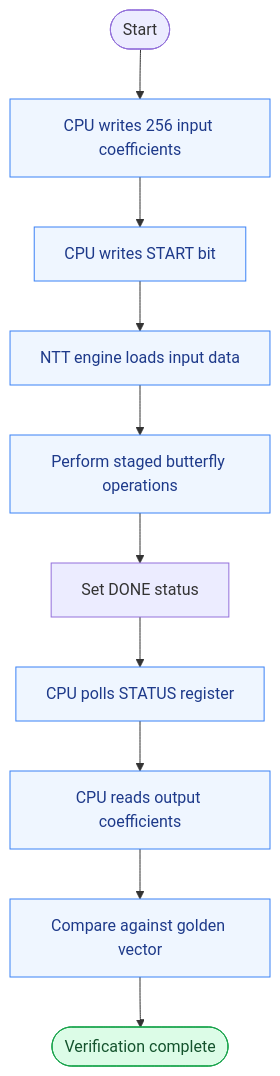
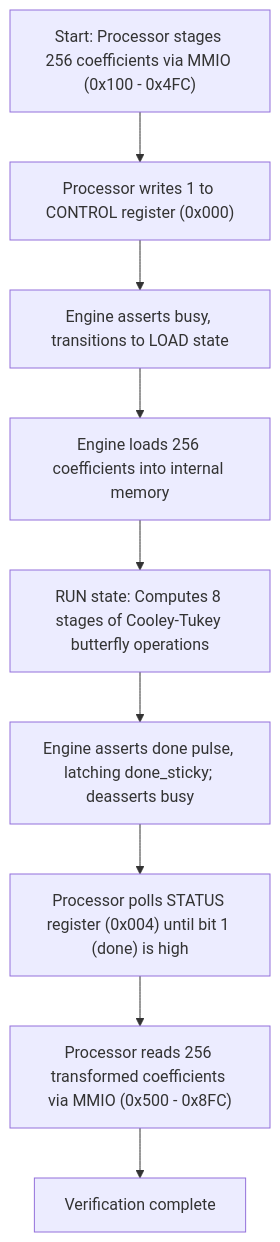
Before and after one commit to Harshima-Joshi15/riscv-ntt-accelerator: the second of 3 diagrams in README.md, drawn with Mermaid. The commit also changed other lines of this file and 89 other files, not shown here.

````diff
--- a/README.md
+++ b/README.md
@@ -74,18 +58,11 @@
 ```mermaid
 flowchart TD
-    A([Start]) --> B["CPU writes 256 input coefficients"]
-    B --> C["CPU writes START bit"]
-    C --> D["NTT engine loads input data"]
-    D --> E["Perform staged butterfly operations"]
-    E --> F["Set DONE status"]
-    F --> G["CPU polls STATUS register"]
-    G --> H["CPU reads output coefficients"]
-    H --> I["Compare against golden vector"]
-    I --> J([Verification complete])
-
-    classDef step fill:#eff6ff,stroke:#3b82f6,color:#1e3a8a
-    classDef finish fill:#dcfce7,stroke:#16a34a,color:#14532d
-
-    class B,C,D,E,G,H,I step
-    class J finish
+    A["Start: Processor stages 256 coefficients via MMIO (0x100 - 0x4FC)"] --> B["Processor writes 1 to CONTROL register (0x000)"]
+    B --> C["Engine asserts busy, transitions to LOAD state"]
+    C --> D["Engine loads 256 coefficients into internal memory"]
+    D --> E["RUN state: Computes 8 stages of Cooley-Tukey butterfly operations"]
+    E --> F["Engine asserts done pulse, latching done_sticky; deasserts busy"]
+    F --> G["Processor polls STATUS register (0x004) until bit 1 (done) is high"]
+    G --> H["Processor reads 256 transformed coefficients via MMIO (0x500 - 0x8FC)"]
+    H --> I["Verification complete"]
 ```
````
